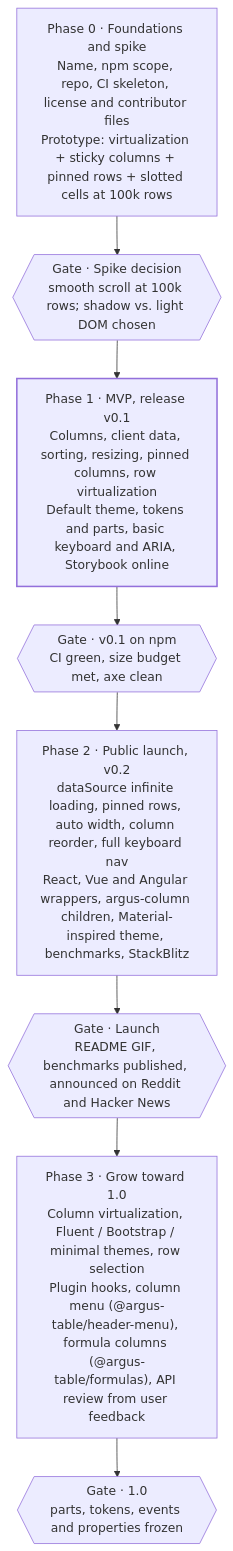
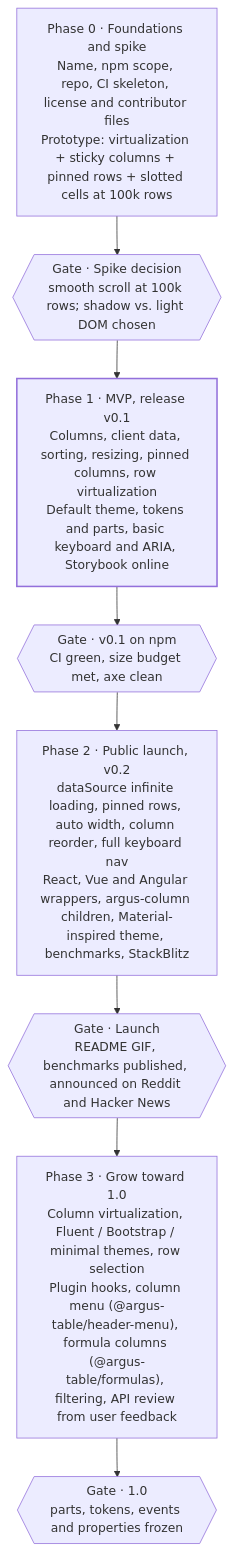
The diagram in docs/plan/plan/12-roadmap.md (Joessst-Dev/argus-table), drawn with Mermaid before and after one commit. The commit also changed other lines of this file and 58 other files, not shown here.

First line of the commit message:
feat(table): column filters and a quick filter (#82)

````diff
--- a/docs/plan/plan/12-roadmap.md
+++ b/docs/plan/plan/12-roadmap.md
@@ -11,16 +11,16 @@
 ```mermaid
 flowchart TD
     P0["Phase 0 · Foundations and spike<br/>Name, npm scope, repo, CI skeleton, license and contributor files<br/>Prototype: virtualization + sticky columns + pinned rows + slotted cells at 100k rows"]
     G0{{"Gate · Spike decision<br/>smooth scroll at 100k rows; shadow vs. light DOM chosen"}}
     P1["Phase 1 · MVP, release v0.1<br/>Columns, client data, sorting, resizing, pinned columns, row virtualization<br/>Default theme, tokens and parts, basic keyboard and ARIA, Storybook online"]
     G1{{"Gate · v0.1 on npm<br/>CI green, size budget met, axe clean"}}
     P2["Phase 2 · Public launch, v0.2<br/>dataSource infinite loading, pinned rows, auto width, column reorder, full keyboard nav<br/>React, Vue and Angular wrappers, argus-column children, Material-inspired theme, benchmarks, StackBlitz"]
     G2{{"Gate · Launch<br/>README GIF, benchmarks published, announced on Reddit and Hacker News"}}
-    P3["Phase 3 · Grow toward 1.0<br/>Column virtualization, Fluent / Bootstrap / minimal themes, row selection<br/>Plugin hooks, column menu (@argus-table/header-menu), formula columns (@argus-table/formulas), API review from user feedback"]
+    P3["Phase 3 · Grow toward 1.0<br/>Column virtualization, Fluent / Bootstrap / minimal themes, row selection<br/>Plugin hooks, column menu (@argus-table/header-menu), formula columns (@argus-table/formulas), filtering, API review from user feedback"]
     G3{{"Gate · 1.0<br/>parts, tokens, events and properties frozen"}}
 
     P0 --> G0 --> P1 --> G1 --> P2 --> G2 --> P3 --> G3
 
     classDef main stroke-width:2px
     class P1 main
 ```
````
